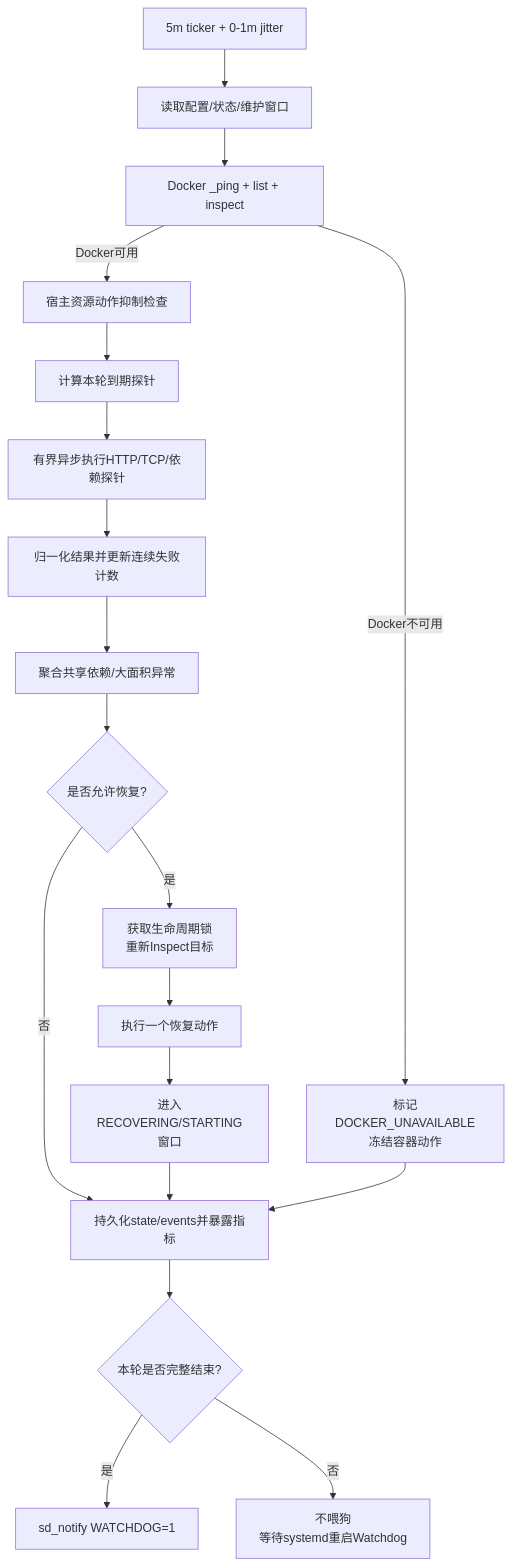
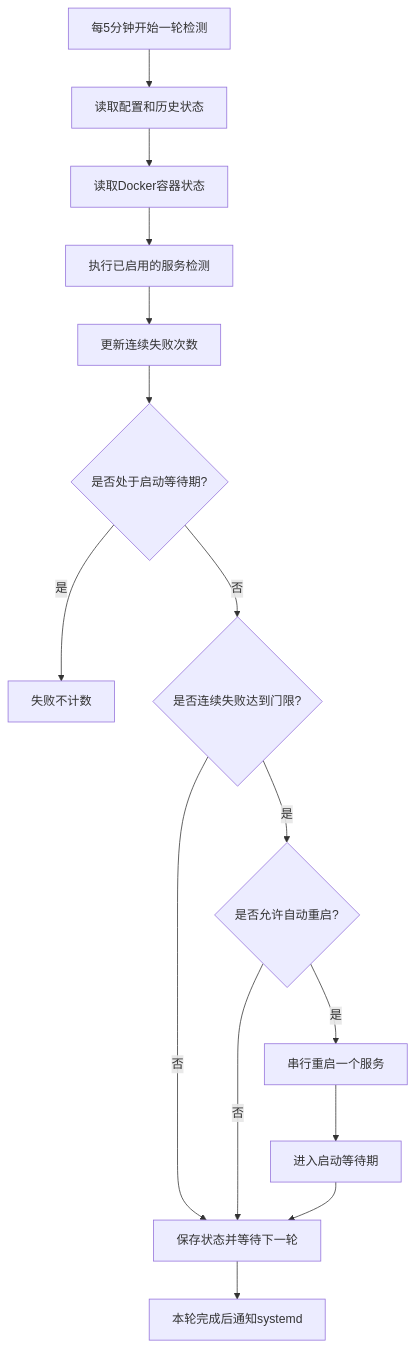
One commit to bixinhaner/xomc changed the diagram in omcgo/docs/design/0026-compose-watchdog-design.md. Above: the diagram before and after it, drawn with Mermaid. The commit also changed other lines of this file, not shown here.

First line of the commit message:
docs(watchdog): 简化第一阶段设计范围

````diff
--- a/omcgo/docs/design/0026-compose-watchdog-design.md
+++ b/omcgo/docs/design/0026-compose-watchdog-design.md
@@ -901,21 +105,17 @@
 ```mermaid
 flowchart TD
-    A[5m ticker + 0-1m jitter] --> B[读取配置/状态/维护窗口]
-    B --> C[Docker _ping + list + inspect]
-    C -->|Docker不可用| D[标记DOCKER_UNAVAILABLE<br/>冻结容器动作]
-    C -->|Docker可用| E[宿主资源动作抑制检查]
-    E --> F[计算本轮到期探针]
-    F --> G[有界异步执行HTTP/TCP/依赖探针]
-    G --> H[归一化结果并更新连续失败计数]
-    H --> I[聚合共享依赖/大面积异常]
-    I --> J{是否允许恢复?}
-    J -->|否| K[持久化state/events并暴露指标]
-    J -->|是| L[获取生命周期锁<br/>重新Inspect目标]
-    L --> M[执行一个恢复动作]
-    M --> N[进入RECOVERING/STARTING窗口]
-    N --> K
-    D --> K
-    K --> O{本轮是否完整结束?}
-    O -->|是| P[sd_notify WATCHDOG=1]
-    O -->|否| Q[不喂狗<br/>等待systemd重启Watchdog]
+    A[每5分钟开始一轮检测] --> B[读取配置和历史状态]
+    B --> C[读取Docker容器状态]
+    C --> D[执行已启用的服务检测]
+    D --> E[更新连续失败次数]
+    E --> F{是否处于启动等待期?}
+    F -->|是| G[失败不计数]
+    F -->|否| H{是否连续失败达到门限?}
+    H -->|否| I[保存状态并等待下一轮]
+    H -->|是| J{是否允许自动重启?}
+    J -->|否| I
+    J -->|是| K[串行重启一个服务]
+    K --> L[进入启动等待期]
+    L --> I
+    I --> M[本轮完成后通知systemd]
 ```
````
